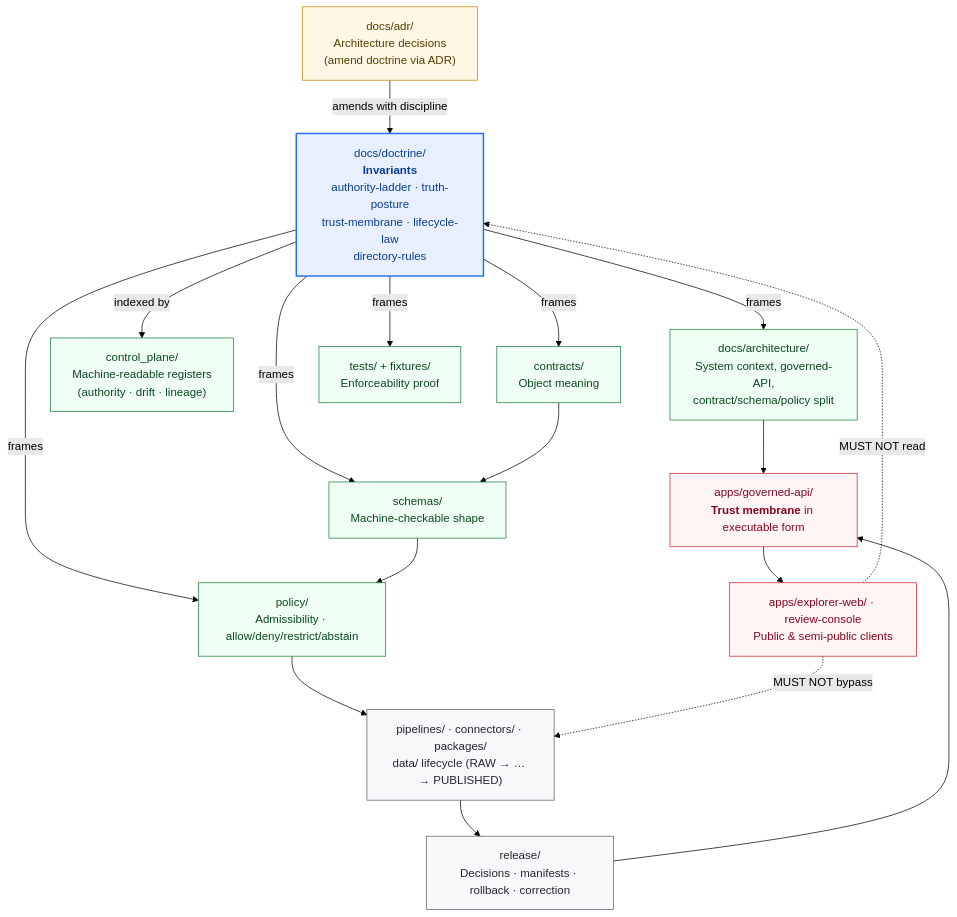
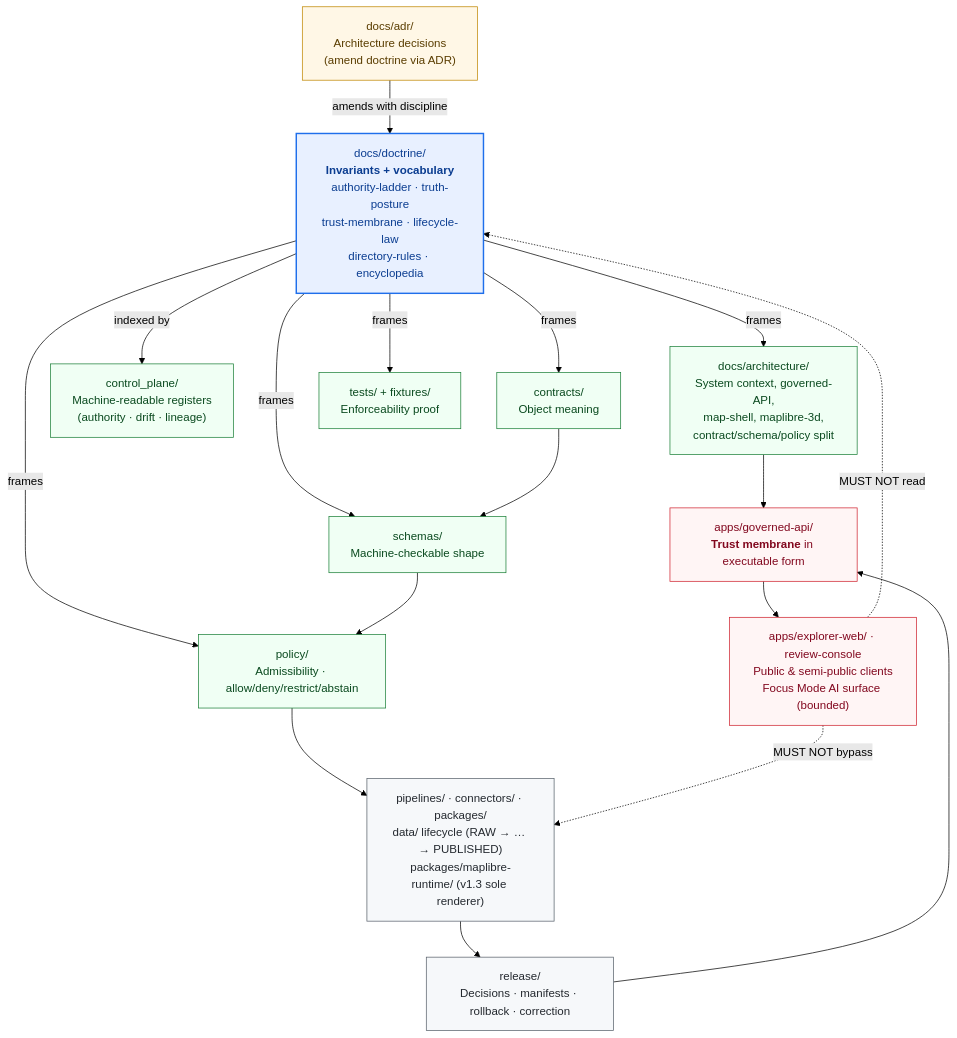
Before and after one commit to bartytime4life/Kansas-Frontier-Matrix: the diagram in docs/doctrine/README.md, drawn with Mermaid (forest theme). The commit also changed other lines of this file, not shown here.

````diff
--- a/docs/doctrine/README.md
+++ b/docs/doctrine/README.md
@@ -181,42 +244,42 @@
 ```mermaid
 flowchart TD
   classDef doctrine fill:#e8f0ff,stroke:#1f6feb,color:#0b3d91,stroke-width:2px;
   classDef adr fill:#fff7e6,stroke:#bf8700,color:#5a3d00;
   classDef govern fill:#f0fff4,stroke:#1a7f37,color:#0a4a1f;
   classDef impl fill:#f6f8fa,stroke:#57606a,color:#24292f;
   classDef public fill:#fff5f5,stroke:#cf222e,color:#82071e;
 
-  D["docs/doctrine/<br/><b>Invariants</b><br/>authority-ladder · truth-posture<br/>trust-membrane · lifecycle-law<br/>directory-rules"]:::doctrine
+  D["docs/doctrine/<br/><b>Invariants + vocabulary</b><br/>authority-ladder · truth-posture<br/>trust-membrane · lifecycle-law<br/>directory-rules · encyclopedia"]:::doctrine
 
   ADR["docs/adr/<br/>Architecture decisions<br/>(amend doctrine via ADR)"]:::adr
-  ARCH["docs/architecture/<br/>System context, governed-API,<br/>contract/schema/policy split"]:::govern
+  ARCH["docs/architecture/<br/>System context, governed-API,<br/>map-shell, maplibre-3d,<br/>contract/schema/policy split"]:::govern
   CP["control_plane/<br/>Machine-readable registers<br/>(authority · drift · lineage)"]:::govern
   C["contracts/<br/>Object meaning"]:::govern
   S["schemas/<br/>Machine-checkable shape"]:::govern
   P["policy/<br/>Admissibility · allow/deny/restrict/abstain"]:::govern
   T["tests/ + fixtures/<br/>Enforceability proof"]:::govern
 
-  PIPE["pipelines/ · connectors/ · packages/<br/>data/ lifecycle (RAW → … → PUBLISHED)"]:::impl
+  PIPE["pipelines/ · connectors/ · packages/<br/>data/ lifecycle (RAW → … → PUBLISHED)<br/>packages/maplibre-runtime/ (v1.3 sole renderer)"]:::impl
   REL["release/<br/>Decisions · manifests · rollback · correction"]:::impl
   API["apps/governed-api/<br/><b>Trust membrane</b> in executable form"]:::public
-  UI["apps/explorer-web/ · review-console<br/>Public &amp; semi-public clients"]:::public
+  UI["apps/explorer-web/ · review-console<br/>Public &amp; semi-public clients<br/>Focus Mode AI surface (bounded)"]:::public
 
   D -- "frames"      --> ARCH
   D -- "frames"      --> C
   D -- "frames"      --> S
   D -- "frames"      --> P
   D -- "frames"      --> T
   D -- "indexed by"  --> CP
   ADR -- "amends with discipline" --> D
 
   ARCH --> API
   C --> S
   S --> P
   P --> PIPE
   PIPE --> REL
   REL --> API
   API --> UI
 
   UI -. "MUST NOT bypass" .-> PIPE
   UI -. "MUST NOT read" .-> D
 ```
````
